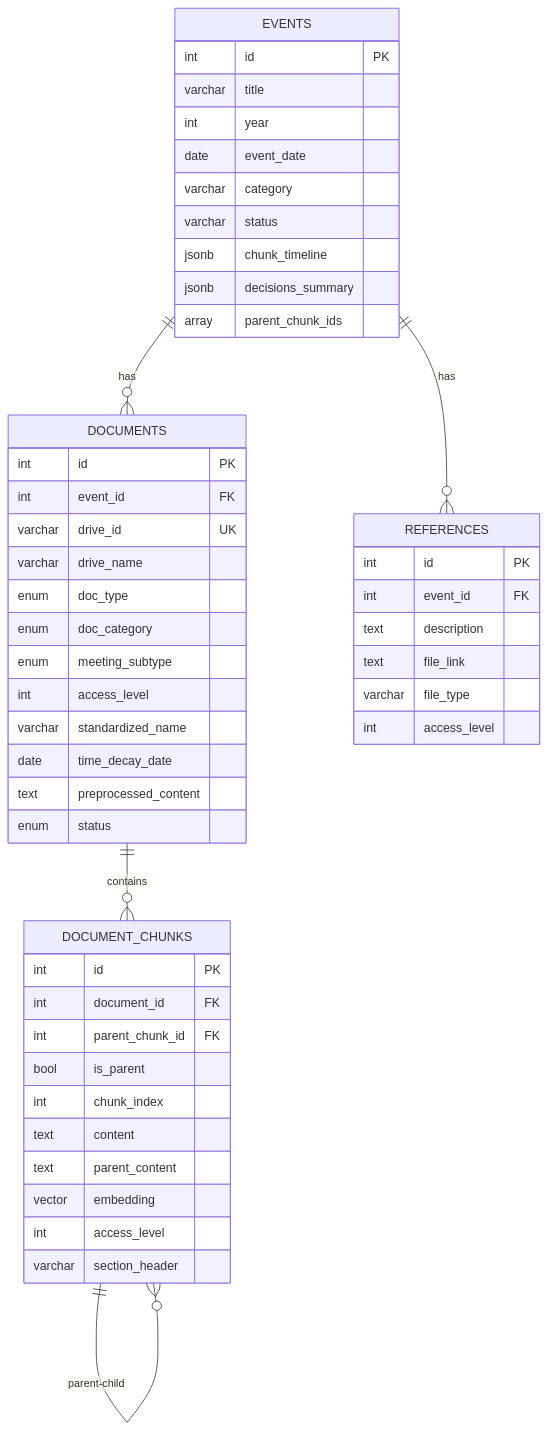
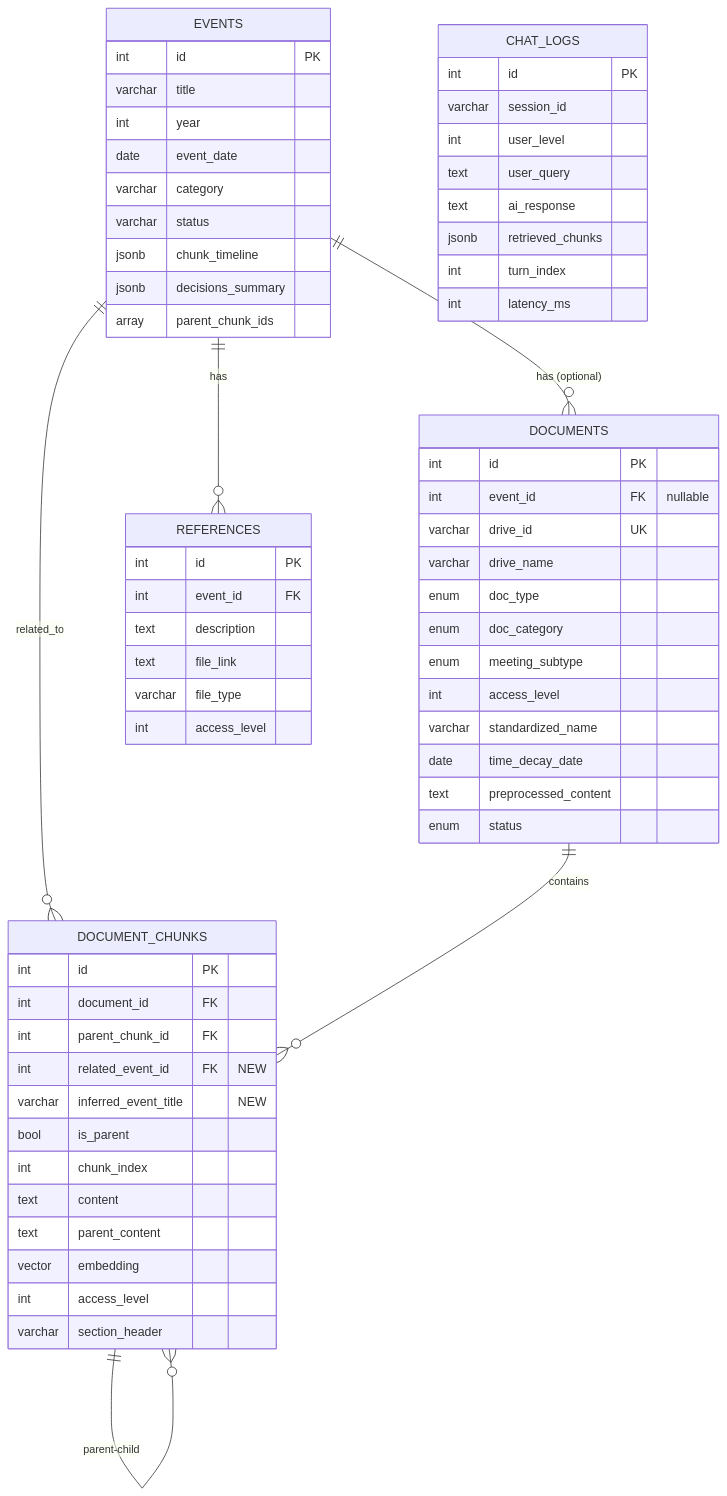
The diagram in docs/db_schema.md (gun9212/2025Winter_4th), drawn with Mermaid before and after one commit. The commit also changed other lines of this file and 34 other files, not shown here.

Commit message:
add: API 명세서, Redis Queu Paryload(Celery) 구현, DB Schema 수정

````diff
--- a/docs/db_schema.md
+++ b/docs/db_schema.md
@@ -7,56 +10,70 @@
 ```mermaid
 erDiagram
-    EVENTS ||--o{ DOCUMENTS : "has"
+    EVENTS ||--o{ DOCUMENTS : "has (optional)"
     EVENTS ||--o{ REFERENCES : "has"
+    EVENTS ||--o{ DOCUMENT_CHUNKS : "related_to"
     DOCUMENTS ||--o{ DOCUMENT_CHUNKS : "contains"
     DOCUMENT_CHUNKS ||--o{ DOCUMENT_CHUNKS : "parent-child"
-    
+
     EVENTS {
         int id PK
         varchar title
         int year
         date event_date
         varchar category
         varchar status
         jsonb chunk_timeline
         jsonb decisions_summary
         array parent_chunk_ids
     }
-    
+
     DOCUMENTS {
         int id PK
-        int event_id FK
+        int event_id FK "nullable"
         varchar drive_id UK
         varchar drive_name
         enum doc_type
         enum doc_category
         enum meeting_subtype
         int access_level
         varchar standardized_name
         date time_decay_date
         text preprocessed_content
         enum status
     }
-    
+
     DOCUMENT_CHUNKS {
         int id PK
         int document_id FK
         int parent_chunk_id FK
+        int related_event_id FK "NEW"
+        varchar inferred_event_title "NEW"
         bool is_parent
         int chunk_index
         text content
         text parent_content
         vector embedding
         int access_level
         varchar section_header
     }
-    
+
     REFERENCES {
         int id PK
         int event_id FK
         text description
         text file_link
         varchar file_type
         int access_level
     }
+
+    CHAT_LOGS {
+        int id PK
+        varchar session_id
+        int user_level
+        text user_query
+        text ai_response
+        jsonb retrieved_chunks
+        int turn_index
+        int latency_ms
+    }
 ```
````
